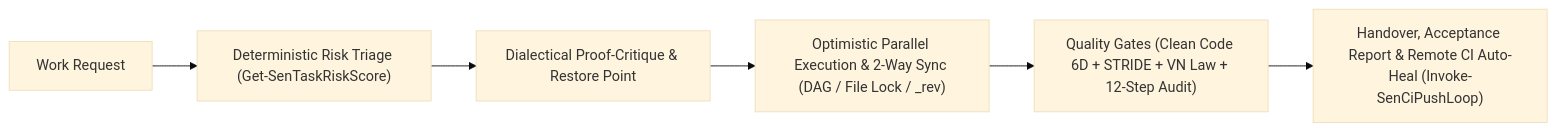
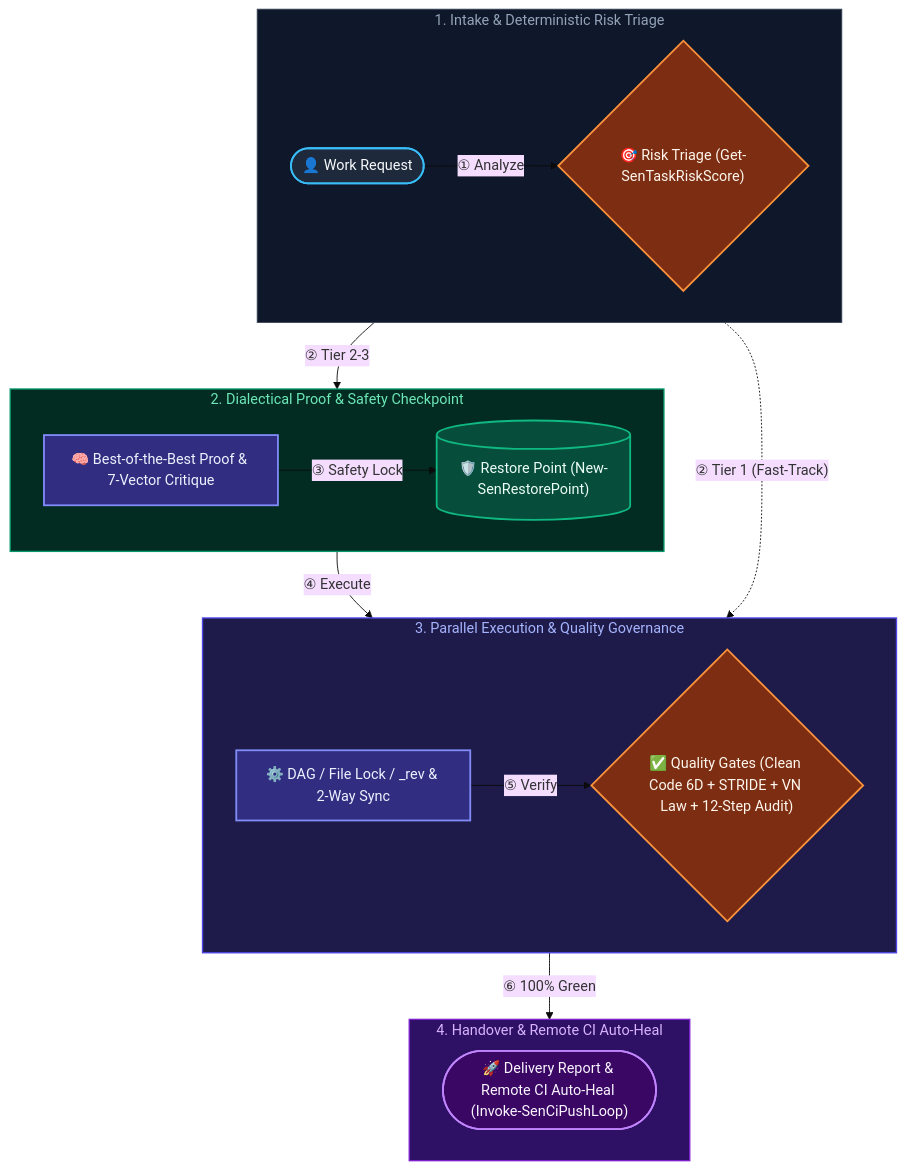
The diagram in README.en.md (developerfs0110/Sen), drawn with Mermaid (base theme) before and after one commit. The commit also changed 22 other files, not shown here.

````diff
--- a/README.en.md
+++ b/README.en.md
@@ -30,8 +30,50 @@
 ```mermaid
-flowchart LR
-    A["Work Request"] --> B["Deterministic Risk Triage (Get-SenTaskRiskScore)"]
-    B --> C["Dialectical Proof-Critique & Restore Point"]
-    C --> D["Optimistic Parallel Execution & 2-Way Sync (DAG / File Lock / _rev)"]
-    D --> E["Quality Gates (Clean Code 6D + STRIDE + VN Law + 12-Step Audit)"]
-    E --> F["Handover, Acceptance Report & Remote CI Auto-Heal (Invoke-SenCiPushLoop)"]
+flowchart TB
+    subgraph S1["1. Intake & Deterministic Risk Triage"]
+        direction LR
+        A(["👤 Work Request"])
+        B{"🎯 Risk Triage (Get-SenTaskRiskScore)"}
+    end
+
+    subgraph S2["2. Dialectical Proof & Safety Checkpoint"]
+        direction LR
+        C["🧠 Best-of-the-Best Proof & 7-Vector Critique"]
+        RP[("🛡️ Restore Point (New-SenRestorePoint)")]
+    end
+
+    subgraph S3["3. Parallel Execution & Quality Governance"]
+        direction LR
+        D["⚙️ DAG / File Lock / _rev & 2-Way Sync"]
+        E{"✅ Quality Gates (Clean Code 6D + STRIDE + VN Law + 12-Step Audit)"}
+    end
+
+    subgraph S4["4. Handover & Remote CI Auto-Heal"]
+        direction LR
+        F(["🚀 Delivery Report & Remote CI Auto-Heal (Invoke-SenCiPushLoop)"])
+    end
+
+    A -->|"① Analyze"| B
+    B -->|"② Tier 2-3"| C
+    C -->|"③ Safety Lock"| RP
+    RP -->|"④ Execute"| D
+    B -.->|"② Tier 1 (Fast-Track)"| D
+    D -->|"⑤ Verify"| E
+    E -->|"⑥ 100% Green"| F
+
+    classDef actor fill:#1e293b,stroke:#38bdf8,stroke-width:2px,color:#f8fafc
+    classDef gate fill:#7c2d12,stroke:#fb923c,stroke-width:2px,color:#fff7ed
+    classDef engine fill:#312e81,stroke:#818cf8,stroke-width:2px,color:#eef2ff
+    classDef storage fill:#064e3b,stroke:#10b981,stroke-width:2px,color:#ecfdf5
+    classDef out fill:#3b0764,stroke:#c084fc,stroke-width:2px,color:#faf5ff
+
+    class A actor
+    class B,E gate
+    class C,D engine
+    class RP storage
+    class F out
+
+    style S1 fill:#0f172a,stroke:#334155,stroke-width:1px,color:#94a3b8
+    style S2 fill:#022c22,stroke:#059669,stroke-width:1.5px,color:#6ee7b7
+    style S3 fill:#1e1b4b,stroke:#4f46e5,stroke-width:1.5px,color:#a5b4fc
+    style S4 fill:#2e1065,stroke:#7e22ce,stroke-width:1.5px,color:#d8b4fe
 ```
````
